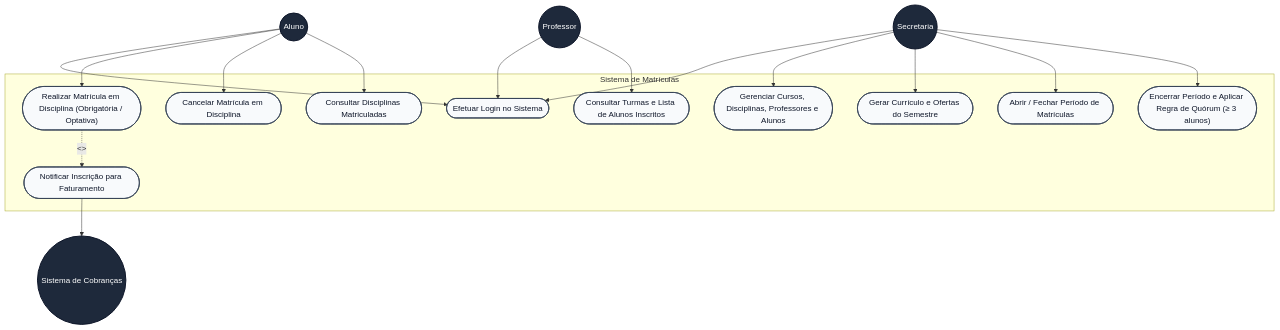
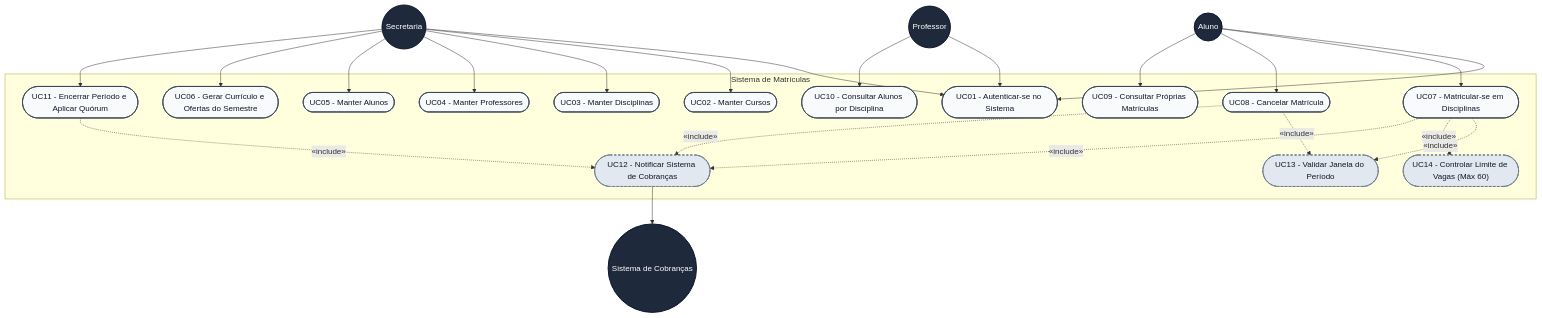
One commit to leticiaafigueiredo/lab02 changed the first of 2 diagrams in README.md. Above: the diagram before and after it, drawn with Mermaid. The commit also changed other lines of this file and 9 other files, not shown here.

Commit message:
feat: integracao com Docker e atualizacao completa dos diagramas UML de classes e casos de uso

````diff
--- a/README.md
+++ b/README.md
@@ -37,40 +37,58 @@
 ```mermaid
 graph TD
     classDef actorStyle fill:#1e293b,stroke:#0f172a,stroke-width:2px,color:#fff;
     classDef useCaseStyle fill:#f8fafc,stroke:#334155,stroke-width:1.5px,color:#0f172a;
+    classDef externalStyle fill:#e2e8f0,stroke:#64748b,stroke-width:1.5px,stroke-dasharray: 4 4,color:#0f172a;
 
     Aluno(("Aluno")):::actorStyle
     Professor(("Professor")):::actorStyle
     Secretaria(("Secretaria")):::actorStyle
     Cobranca(("Sistema de Cobranças")):::actorStyle
 
     subgraph Sistema de Matrículas
-        UC01(["Efetuar Login no Sistema"]):::useCaseStyle
-        UC02(["Realizar Matrícula em Disciplina (Obrigatória / Optativa)"]):::useCaseStyle
-        UC03(["Cancelar Matrícula em Disciplina"]):::useCaseStyle
-        UC04(["Consultar Disciplinas Matriculadas"]):::useCaseStyle
-        UC05(["Consultar Turmas e Lista de Alunos Inscritos"]):::useCaseStyle
-        UC06(["Gerenciar Cursos, Disciplinas, Professores e Alunos"]):::useCaseStyle
-        UC07(["Gerar Currículo e Ofertas do Semestre"]):::useCaseStyle
-        UC08(["Abrir / Fechar Período de Matrículas"]):::useCaseStyle
-        UC09(["Encerrar Período e Aplicar Regra de Quórum (≥ 3 alunos)"]):::useCaseStyle
-        UC10(["Notificar Inscrição para Faturamento"]):::useCaseStyle
+        UC01(["UC01 - Autenticar-se no Sistema"]):::useCaseStyle
+        UC02(["UC02 - Manter Cursos"]):::useCaseStyle
+        UC03(["UC03 - Manter Disciplinas"]):::useCaseStyle
+        UC04(["UC04 - Manter Professores"]):::useCaseStyle
+        UC05(["UC05 - Manter Alunos"]):::useCaseStyle
+        UC06(["UC06 - Gerar Currículo e Ofertas do Semestre"]):::useCaseStyle
+        UC07(["UC07 - Matricular-se em Disciplinas"]):::useCaseStyle
+        UC08(["UC08 - Cancelar Matrícula"]):::useCaseStyle
+        UC09(["UC09 - Consultar Próprias Matrículas"]):::useCaseStyle
+        UC10(["UC10 - Consultar Alunos por Disciplina"]):::useCaseStyle
+        UC11(["UC11 - Encerrar Período e Aplicar Quórum"]):::useCaseStyle
+        UC12(["UC12 - Notificar Sistema de Cobranças"]):::externalStyle
+        UC13(["UC13 - Validar Janela do Período"]):::externalStyle
+        UC14(["UC14 - Controlar Limite de Vagas (Máx 60)"]):::externalStyle
     end
 
+    %% Acessos Aluno
     Aluno --> UC01
-    Aluno --> UC02
-    Aluno --> UC03
-    Aluno --> UC04
+    Aluno --> UC07
+    Aluno --> UC08
+    Aluno --> UC09
 
+    %% Acessos Professor
     Professor --> UC01
-    Professor --> UC05
+    Professor --> UC10
 
+    %% Acessos Secretaria
     Secretaria --> UC01
+    Secretaria --> UC02
+    Secretaria --> UC03
+    Secretaria --> UC04
+    Secretaria --> UC05
     Secretaria --> UC06
-    Secretaria --> UC07
-    Secretaria --> UC08
-    Secretaria --> UC09
+    Secretaria --> UC11
 
-    UC02 -.->|<<include>>| UC10
-    UC10 --> Cobranca
+    %% Relacionamentos de Inclusão
+    UC07 -.->|«include»| UC13
+    UC07 -.->|«include»| UC14
+    UC07 -.->|«include»| UC12
+    UC08 -.->|«include»| UC13
+    UC08 -.->|«include»| UC12
+    UC11 -.->|«include»| UC12
+
+    %% Notificações externas
+    UC12 --> Cobranca
 ```
````
